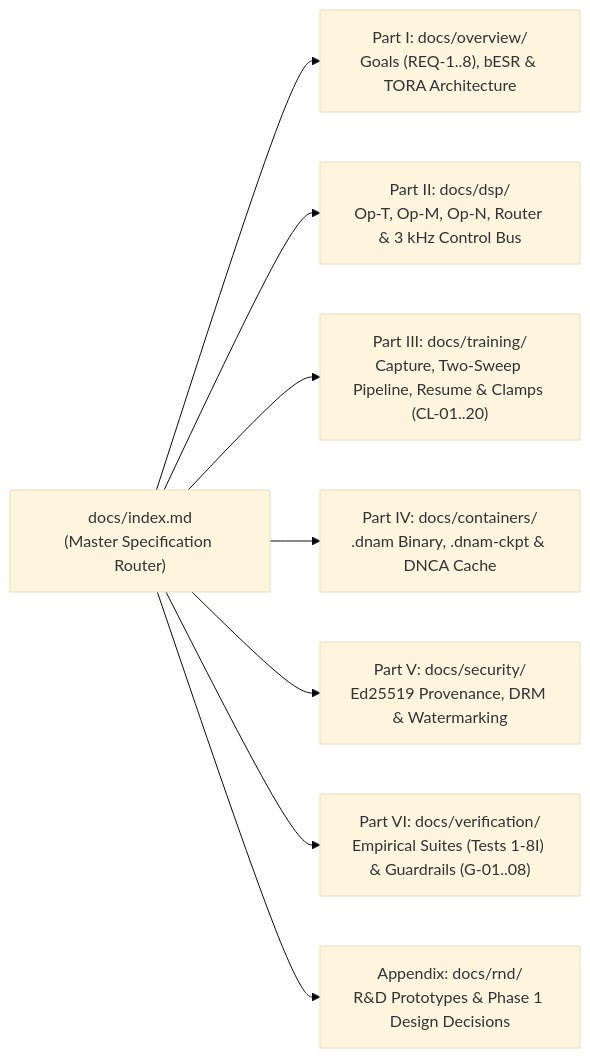
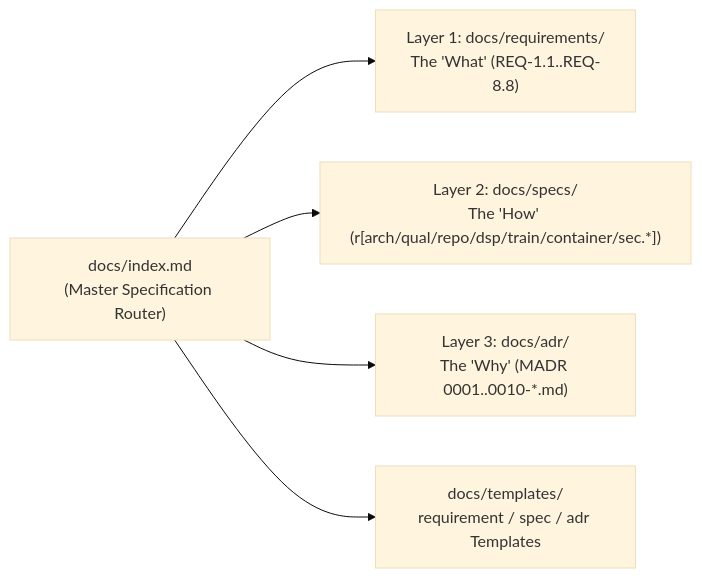
The diagram in docs/CONTRIBUTING.md (dnam-project/dnam), drawn with Mermaid (base theme) before and after one commit. The commit also changed other lines of this file and 84 other files, not shown here.

Commit message:
docs(specs): restructure docs into requirements/specs/adr with r/ref/verify rules

````diff
--- a/docs/CONTRIBUTING.md
+++ b/docs/CONTRIBUTING.md
@@ -30,10 +25,7 @@
 ```mermaid
 flowchart LR
-    Idx["docs/index.md<br/>(Master Specification Router)"] --> P1["Part I: docs/overview/<br/>Goals (REQ-1..8), bESR & TORA Architecture"]
-    Idx --> P2["Part II: docs/dsp/<br/>Op-T, Op-M, Op-N, Router & 3 kHz Control Bus"]
-    Idx --> P3["Part III: docs/training/<br/>Capture, Two-Sweep Pipeline, Resume & Clamps (CL-01..20)"]
-    Idx --> P4["Part IV: docs/containers/<br/>.dnam Binary, .dnam-ckpt & DNCA Cache"]
-    Idx --> P5["Part V: docs/security/<br/>Ed25519 Provenance, DRM & Watermarking"]
-    Idx --> P6["Part VI: docs/verification/<br/>Empirical Suites (Tests 1-8I) & Guardrails (G-01..08)"]
-    Idx --> P7["Appendix: docs/rnd/<br/>R&D Prototypes & Phase 1 Design Decisions"]
+    Idx["docs/index.md<br/>(Master Specification Router)"] --> L1["Layer 1: docs/requirements/<br/>The 'What' (REQ-1.1..REQ-8.8)"]
+    Idx --> L2["Layer 2: docs/specs/<br/>The 'How' (r[arch/qual/repo/dsp/train/container/sec.*])"]
+    Idx --> L3["Layer 3: docs/adr/<br/>The 'Why' (MADR 0001..0010-*.md)"]
+    Idx --> Tmpl["docs/templates/<br/>requirement / spec / adr Templates"]
 ```
````
